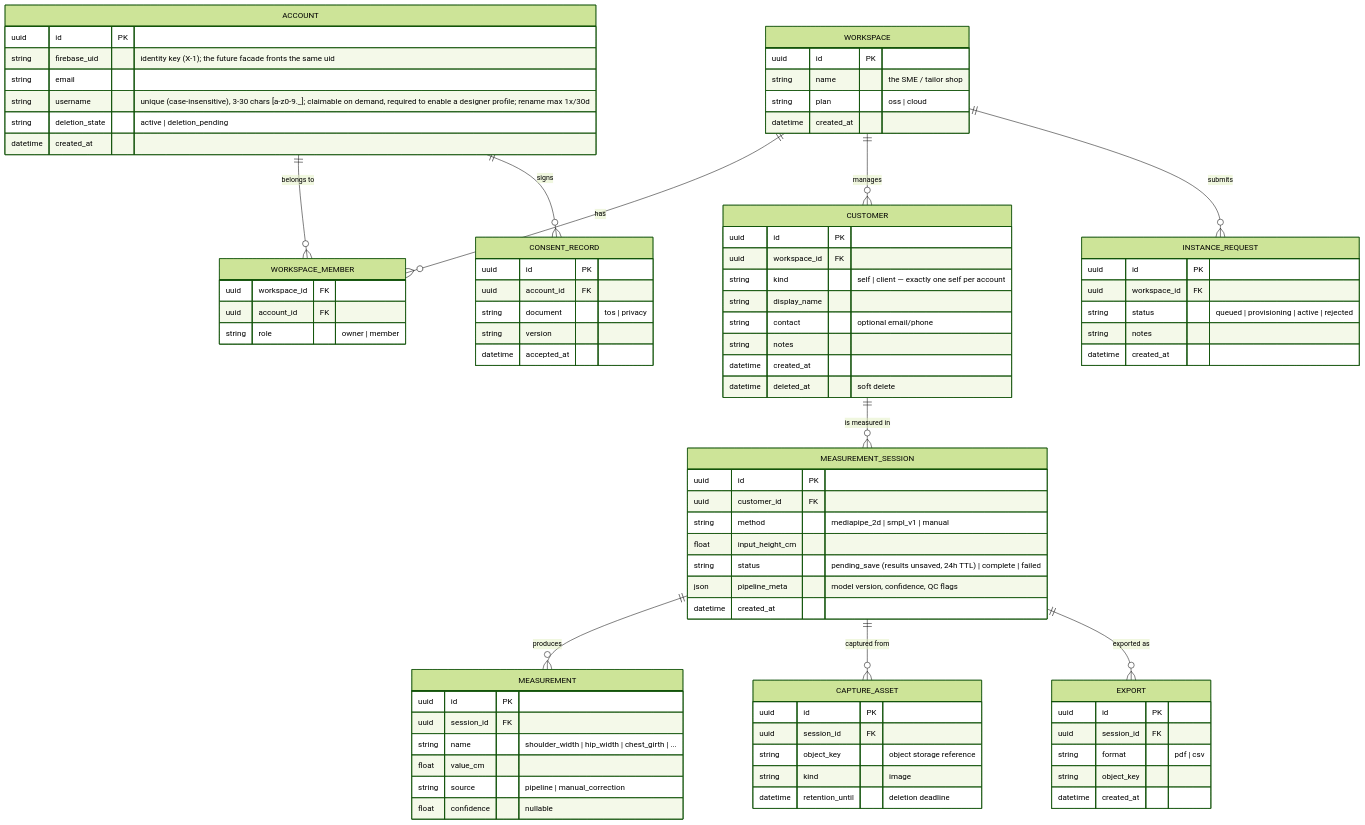
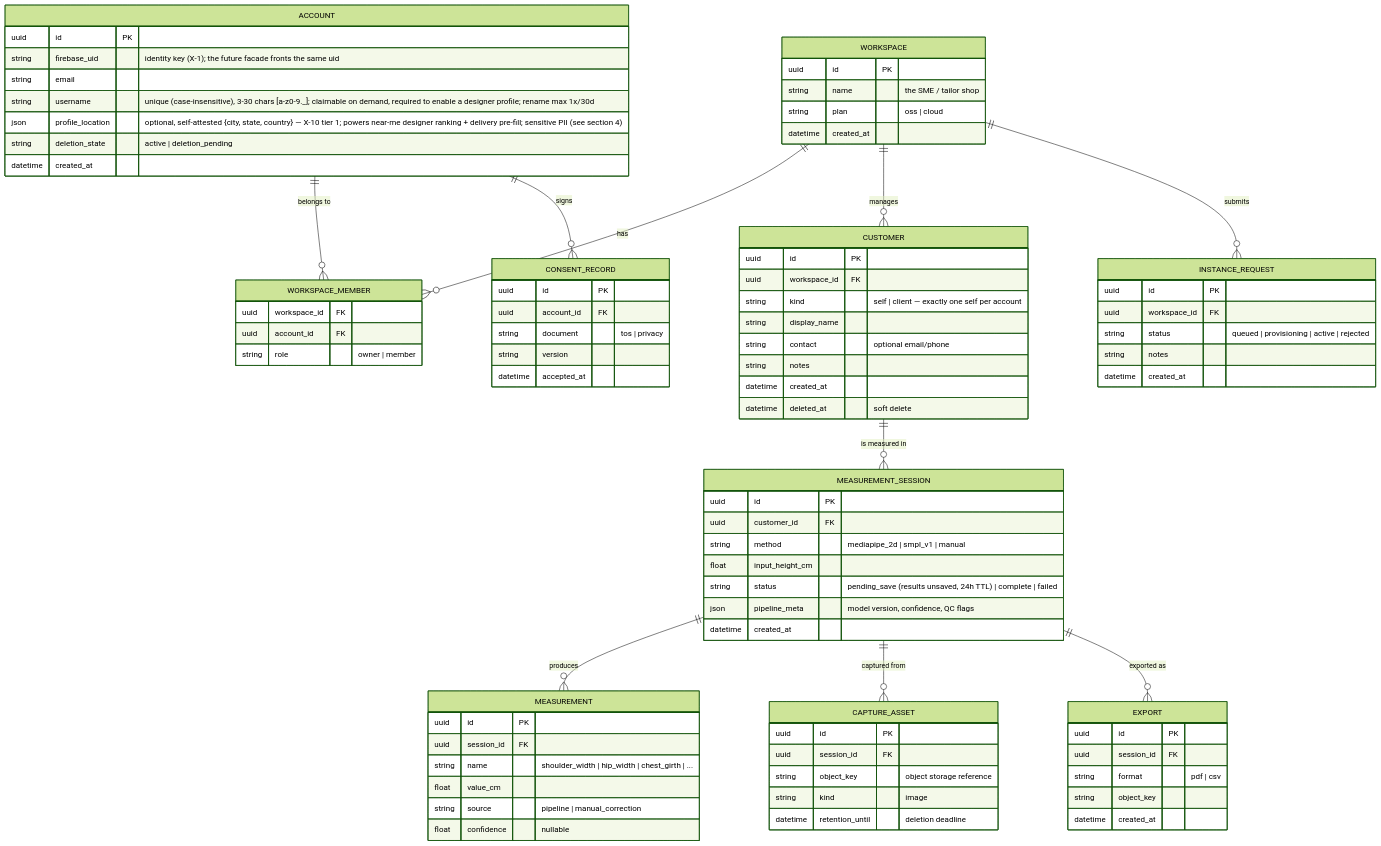
Before and after one commit to cuesoftinc/apparule: the first of 3 diagrams in docs/data-model.md, drawn with Mermaid (forest theme). The commit also changed other lines of this file and 5 other files, not shown here.

```diff
--- a/docs/data-model.md
+++ b/docs/data-model.md
@@ -40,6 +40,7 @@
         string firebase_uid "identity key (X-1); the future facade fronts the same uid"
         string email
         string username "unique (case-insensitive), 3-30 chars [a-z0-9._]; claimable on demand, required to enable a designer profile; rename max 1x/30d"
+        json profile_location "optional, self-attested {city, state, country} — X-10 tier 1; powers near-me designer ranking + delivery pre-fill; sensitive PII (see section 4)"
         string deletion_state "active | deletion_pending"
         datetime created_at
     }
```
